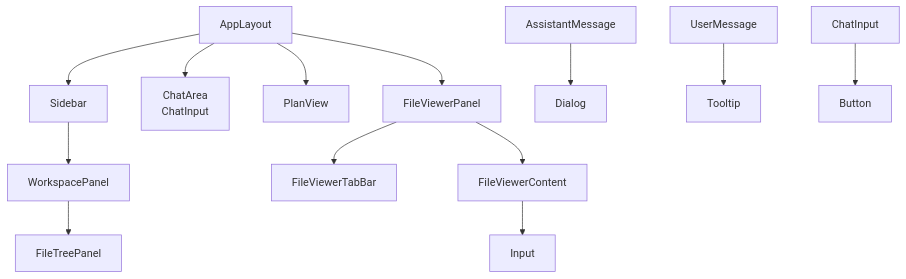
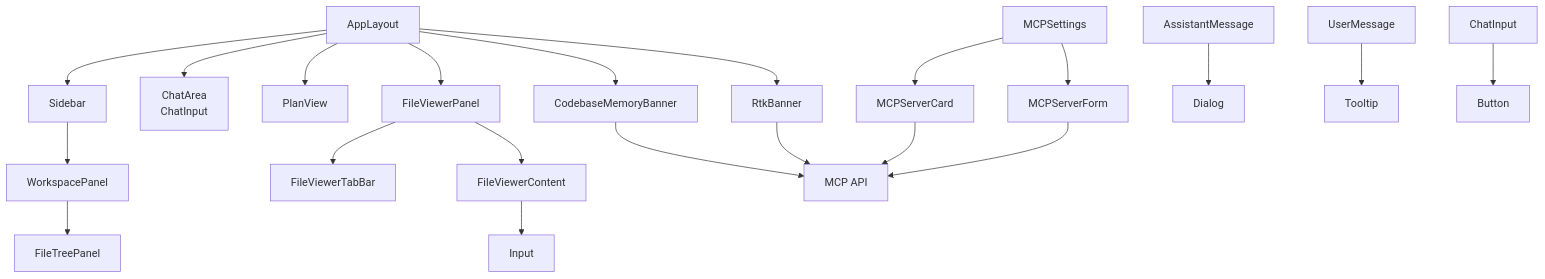
The second of 6 diagrams in .qoder/repowiki/en/content/Frontend Application/UI Components/UI Components.md (v0lka/c0wrk), drawn with Mermaid before and after one commit. The commit also changed other lines of this file and 13 other files, not shown here.

````diff
--- a/.qoder/repowiki/en/content/Frontend Application/UI Components/UI Components.md
+++ b/.qoder/repowiki/en/content/Frontend Application/UI Components/UI Components.md
@@ -163,15 +213,23 @@
 ```mermaid
 graph TB
 AL["AppLayout"] --> SB["Sidebar"]
 AL --> CHAT["ChatArea<br/>ChatInput"]
 AL --> PV["PlanView"]
 AL --> FVP["FileViewerPanel"]
+AL --> CMB["CodebaseMemoryBanner"]
+AL --> RTKB["RtkBanner"]
 SB --> WP["WorkspacePanel"]
 WP --> FTP["FileTreePanel"]
 FVP --> FVTB["FileViewerTabBar"]
 FVP --> FVC["FileViewerContent"]
+CMB --> MCF["MCP API"]
+RTKB --> MCF
+MSC["MCPServerCard"] --> MCF
+MSF["MCPServerForm"] --> MCF
+MCP["MCPSettings"] --> MSC
+MCP --> MSF
 AM["AssistantMessage"] --> DLG["Dialog"]
 UM["UserMessage"] --> TIP["Tooltip"]
 CI["ChatInput"] --> BTN["Button"]
 FVC --> INP["Input"]
 ```
````
